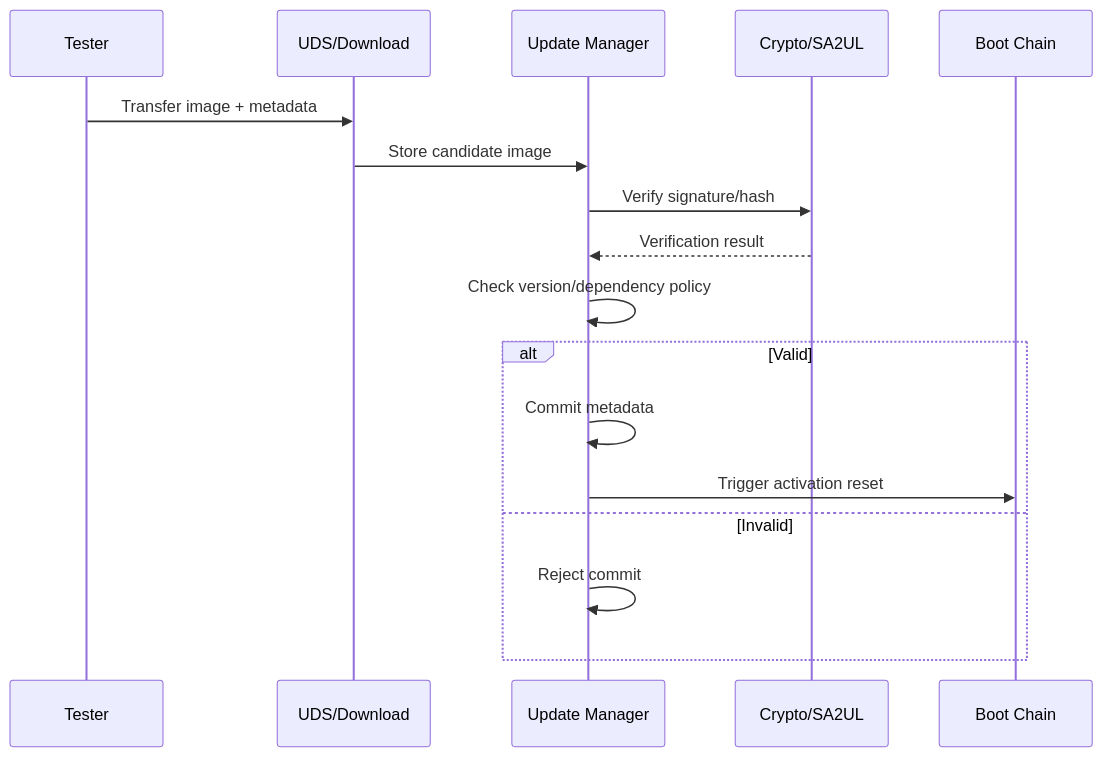
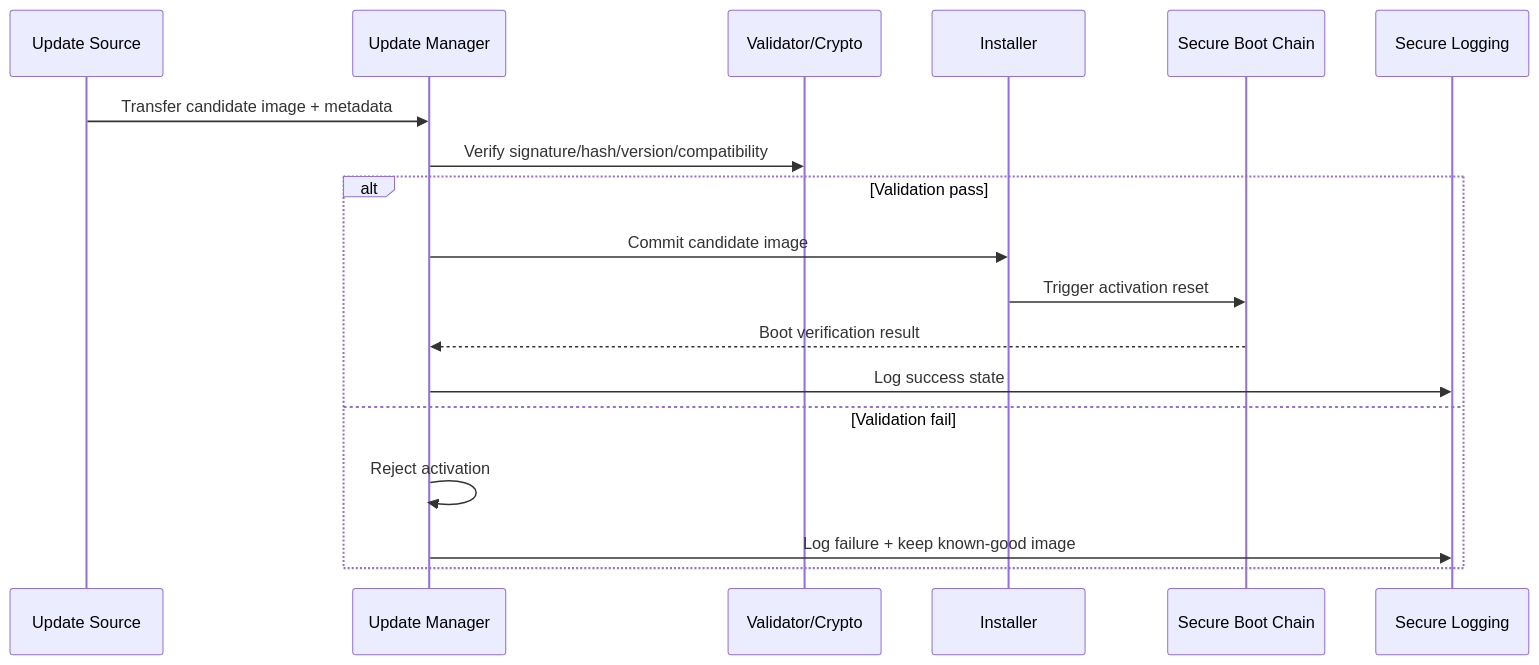
One commit to vinodneelakantam/Sec_Concepts_Req_tracability changed the third of 3 diagrams in TDA4VM_Secure_Reprogramming_Requirements.md. Above: the diagram before and after it, drawn with Mermaid. The commit also changed other lines of this file and 7 other files, not shown here.

````diff
--- a/TDA4VM_Secure_Reprogramming_Requirements.md
+++ b/TDA4VM_Secure_Reprogramming_Requirements.md
@@ -85,20 +76,21 @@
 ```mermaid
 sequenceDiagram
-  participant T as Tester
-  participant D as UDS/Download
-  participant U as Update Manager
-  participant C as Crypto/SA2UL
-  participant B as Boot Chain
+  participant U as Update Source
+  participant M as Update Manager
+  participant V as Validator/Crypto
+  participant I as Installer
+  participant B as Secure Boot Chain
+  participant L as Secure Logging
 
-  T->>D: Transfer image + metadata
-  D->>U: Store candidate image
-  U->>C: Verify signature/hash
-  C-->>U: Verification result
-  U->>U: Check version/dependency policy
-  alt Valid
-    U->>U: Commit metadata
-    U->>B: Trigger activation reset
-  else Invalid
-    U->>U: Reject commit
+  U->>M: Transfer candidate image + metadata
+  M->>V: Verify signature/hash/version/compatibility
+  alt Validation pass
+    M->>I: Commit candidate image
+    I->>B: Trigger activation reset
+    B-->>M: Boot verification result
+    M->>L: Log success state
+  else Validation fail
+    M->>M: Reject activation
+    M->>L: Log failure + keep known-good image
   end
 ```
````
